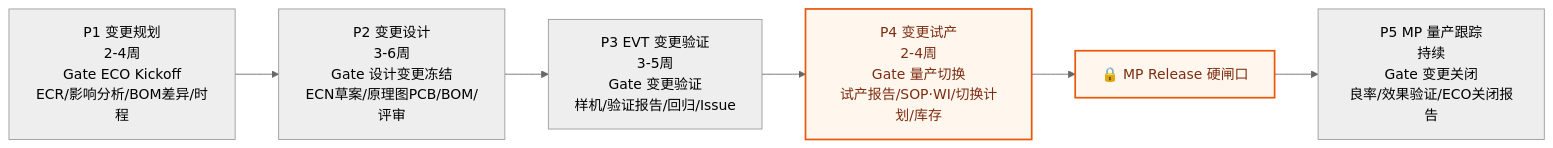
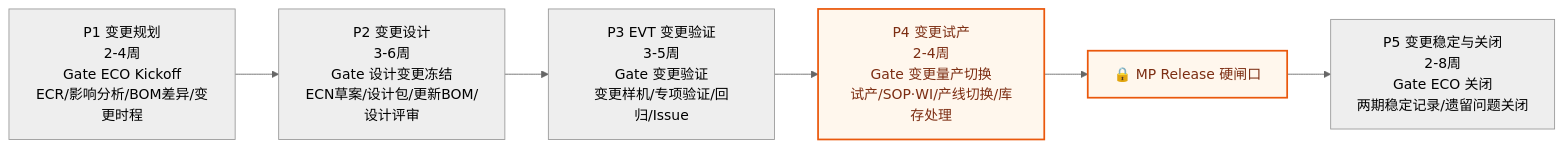
Before and after one commit to RealHanweiHu/ce-project-hub: the third of 8 diagrams in docs/design/2026-06-29-sop-design.md, drawn with Mermaid (neutral theme). The commit also changed other lines of this file and 523 other files, not shown here.

````diff
--- a/docs/design/2026-06-29-sop-design.md
+++ b/docs/design/2026-06-29-sop-design.md
@@ -96,11 +102,11 @@
 ```mermaid
 flowchart LR
-  E1["P1 变更规划<br/>2-4周<br/>Gate ECO Kickoff<br/>ECR/影响分析/BOM差异/时程"]
-  E2["P2 变更设计<br/>3-6周<br/>Gate 设计变更冻结<br/>ECN草案/原理图PCB/BOM/评审"]
-  E3["P3 EVT 变更验证<br/>3-5周<br/>Gate 变更验证<br/>样机/验证报告/回归/Issue"]
-  E4["P4 变更试产<br/>2-4周<br/>Gate 量产切换<br/>试产报告/SOP·WI/切换计划/库存"]
-  E5["P5 MP 量产跟踪<br/>持续<br/>Gate 变更关闭<br/>良率/效果验证/ECO关闭报告"]
+  E1["P1 变更规划<br/>2-4周<br/>Gate ECO Kickoff<br/>ECR/影响分析/BOM差异/变更时程"]
+  E2["P2 变更设计<br/>3-6周<br/>Gate 设计变更冻结<br/>ECN草案/设计包/更新BOM/设计评审"]
+  E3["P3 EVT 变更验证<br/>3-5周<br/>Gate 变更验证<br/>变更样机/专项验证/回归/Issue"]
+  E4["P4 变更试产<br/>2-4周<br/>Gate 变更量产切换<br/>试产/SOP·WI/产线切换/库存处理"]
+  E5["P5 变更稳定与关闭<br/>2-8周<br/>Gate ECO 关闭<br/>两期稳定记录/遗留问题关闭"]
   E1-->E2-->E3-->E4-->REL["🔒 MP Release 硬闸口"]-->E5
   classDef rel fill:#fff7ed,stroke:#ea580c,color:#7c2d12,stroke-width:2px;
   class E4,REL rel;
 ```
````
